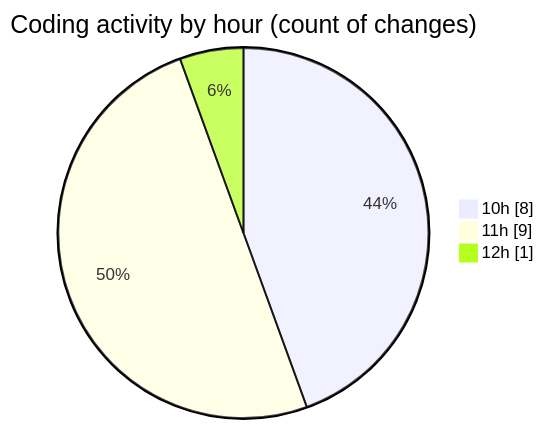
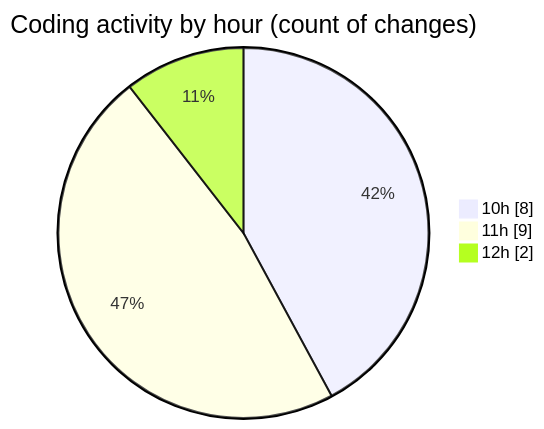
One commit to igalym/code-tracking changed the second of 2 diagrams in 2025-12-30/budget_front_nest/README.md. Above: the diagram before and after it, drawn with Mermaid. The commit also changed other lines of this file and 1 other file, not shown here.

````diff
--- a/2025-12-30/budget_front_nest/README.md
+++ b/2025-12-30/budget_front_nest/README.md
@@ -40,7 +42,7 @@
 ```mermaid
 pie showData
 title Coding activity by hour (count of changes)
 "10h" : 8
 "11h" : 9
-"12h" : 1
+"12h" : 2
 ```
````
